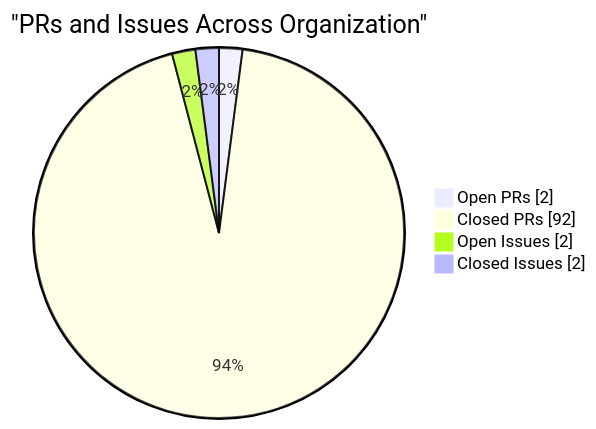
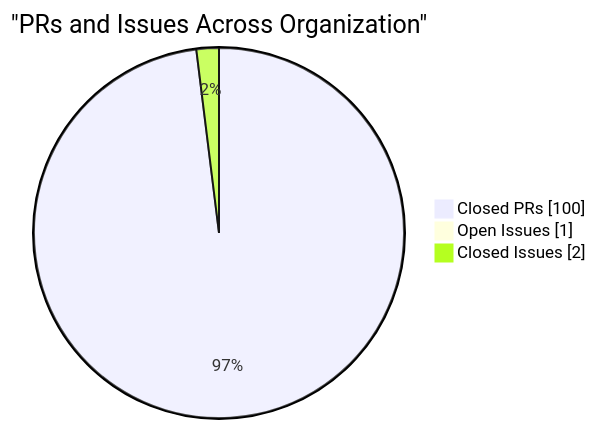
Before and after one commit to CSTH-Projects/.github: the fourth of 4 diagrams in profile/README.md, drawn with Mermaid. The commit also changed other lines of this file, not shown here.

````diff
--- a/profile/README.md
+++ b/profile/README.md
@@ -100,8 +100,7 @@
 ```mermaid
 pie showData
     title "PRs and Issues Across Organization"
-    "Open PRs" : 2
-    "Closed PRs" : 92
-    "Open Issues" : 2
+    "Closed PRs" : 100
+    "Open Issues" : 1
     "Closed Issues" : 2
 ```
````
